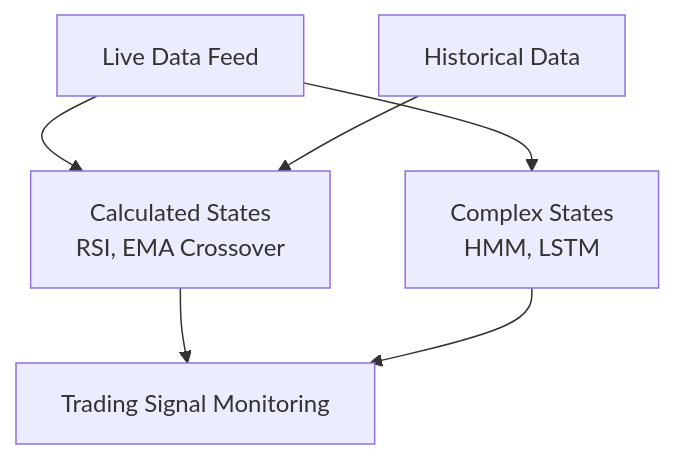
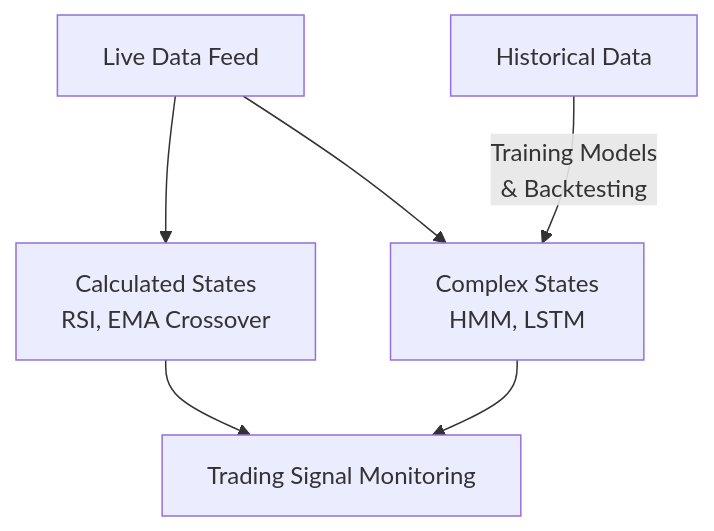
Before and after one commit to rcosta-git/CandleSage: the second of 3 diagrams in README.md, drawn with Mermaid. The commit also changed other lines of this file, not shown here.

````diff
--- a/README.md
+++ b/README.md
@@ -52,14 +52,14 @@
 ```mermaid
 flowchart TD
     A[Live Data Feed]
     B[Historical Data]
     C[Calculated States<br>RSI, EMA Crossover]
     D[Complex States<br>HMM, LSTM]
     E[Trading Signal Monitoring]
 
     A --> C
-    B --> C
     A --> D
     C --> E
     D --> E
+    B -- "Training Models<br>& Backtesting" --> D
 ```
````
